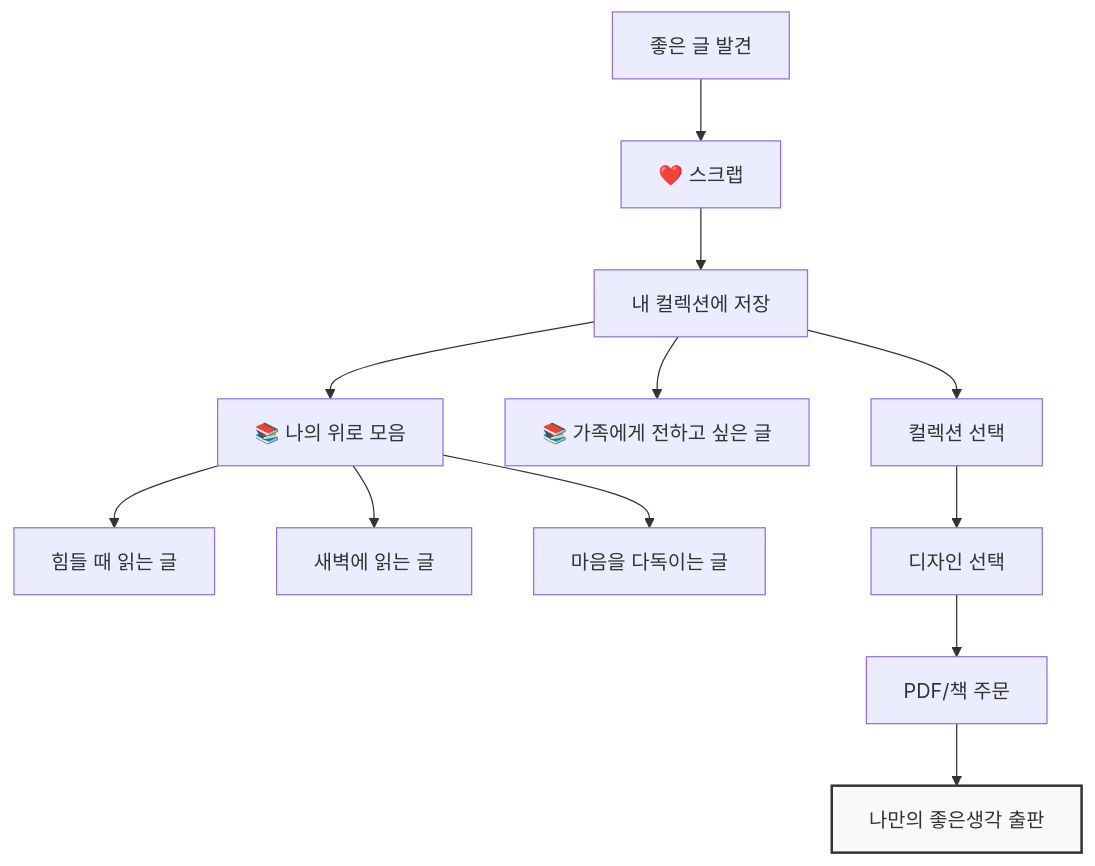
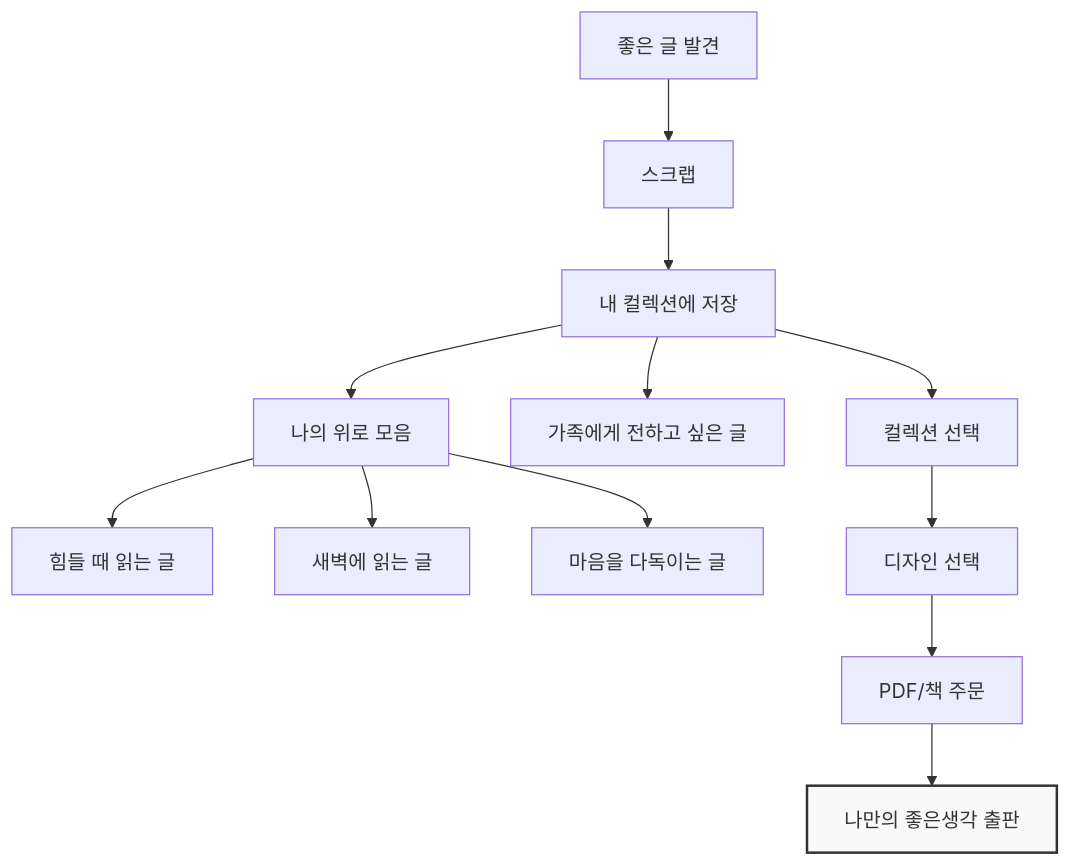
One commit to sknkwoxs/manual-book changed the first of 3 diagrams in src/content/docs/goodthinking-isp/06-future-roadmap/digital-archive.md. Above: the diagram before and after it, drawn with Mermaid. The commit also changed other lines of this file and 38 other files, not shown here.

````diff
--- a/src/content/docs/goodthinking-isp/06-future-roadmap/digital-archive.md
+++ b/src/content/docs/goodthinking-isp/06-future-roadmap/digital-archive.md
@@ -34,15 +34,15 @@
 ```mermaid
 graph TD
-    A["좋은 글 발견"] --> B["❤️ 스크랩"]
+    A["좋은 글 발견"] --> B["스크랩"]
     B --> C["내 컬렉션에 저장"]
-    C --> D["📚 나의 위로 모음"]
+    C --> D["나의 위로 모음"]
     D --> E["힘들 때 읽는 글"]
     D --> F["새벽에 읽는 글"]
     D --> G["마음을 다독이는 글"]
-    C --> H["📚 가족에게 전하고 싶은 글"]
+    C --> H["가족에게 전하고 싶은 글"]
     C --> I["컬렉션 선택"]
     I --> J["디자인 선택"]
     J --> K["PDF/책 주문"]
     K --> L["나만의 좋은생각 출판"]
     style L fill:#f9f9f9,stroke:#333,stroke-width:2px
 ```
````
